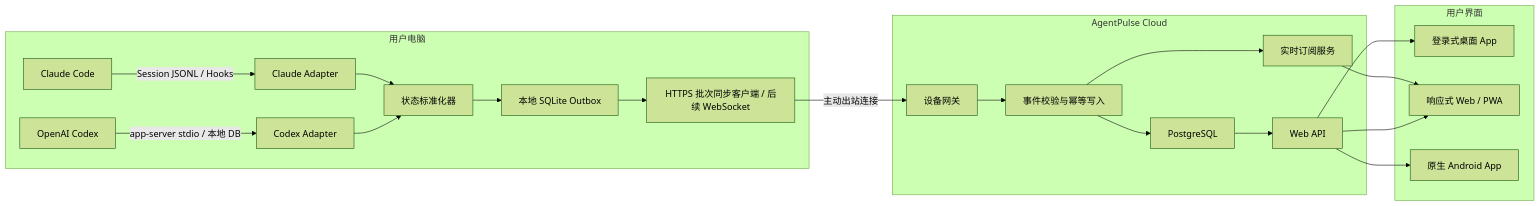
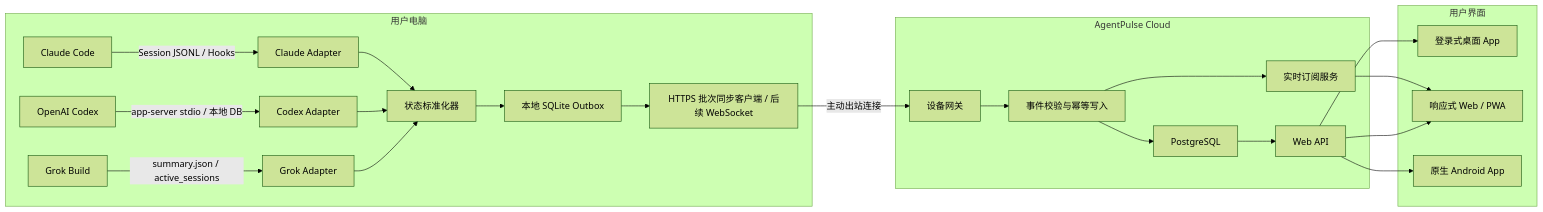
The diagram in docs/ARCHITECTURE.md (xiaoran7/agenthub), drawn with Mermaid (forest theme) before and after one commit. The commit also changed other lines of this file and 28 other files, not shown here.

Commit message:
feat(desktop): collect Grok Build sessions after Claude and Codex

````diff
--- a/docs/ARCHITECTURE.md
+++ b/docs/ARCHITECTURE.md
@@ -24,43 +24,47 @@
 ```mermaid
 flowchart LR
     subgraph Device["用户电脑"]
         Claude["Claude Code"]
         Codex["OpenAI Codex"]
+        Grok["Grok Build"]
         CA["Claude Adapter"]
         OA["Codex Adapter"]
+        GA["Grok Adapter"]
         N["状态标准化器"]
         DB["本地 SQLite Outbox"]
         Sync["HTTPS 批次同步客户端 / 后续 WebSocket"]
 
         Claude -->|"Session JSONL / Hooks"| CA
         Codex -->|"app-server stdio / 本地 DB"| OA
+        Grok -->|"summary.json / active_sessions"| GA
         CA --> N
         OA --> N
+        GA --> N
         N --> DB
         DB --> Sync
     end
 
     subgraph Cloud["AgentPulse Cloud"]
         GW["设备网关"]
         Ingest["事件校验与幂等写入"]
         PG["PostgreSQL"]
         RT["实时订阅服务"]
         API["Web API"]
     end
 
     subgraph Client["用户界面"]
         Desktop["登录式桌面 App"]
         Web["响应式 Web / PWA"]
         Android["原生 Android App"]
     end
 
     Sync -->|"主动出站连接"| GW
     GW --> Ingest
     Ingest --> PG
     Ingest --> RT
     PG --> API
     RT --> Web
     API --> Web
     API --> Desktop
     API --> Android
 ```
````
